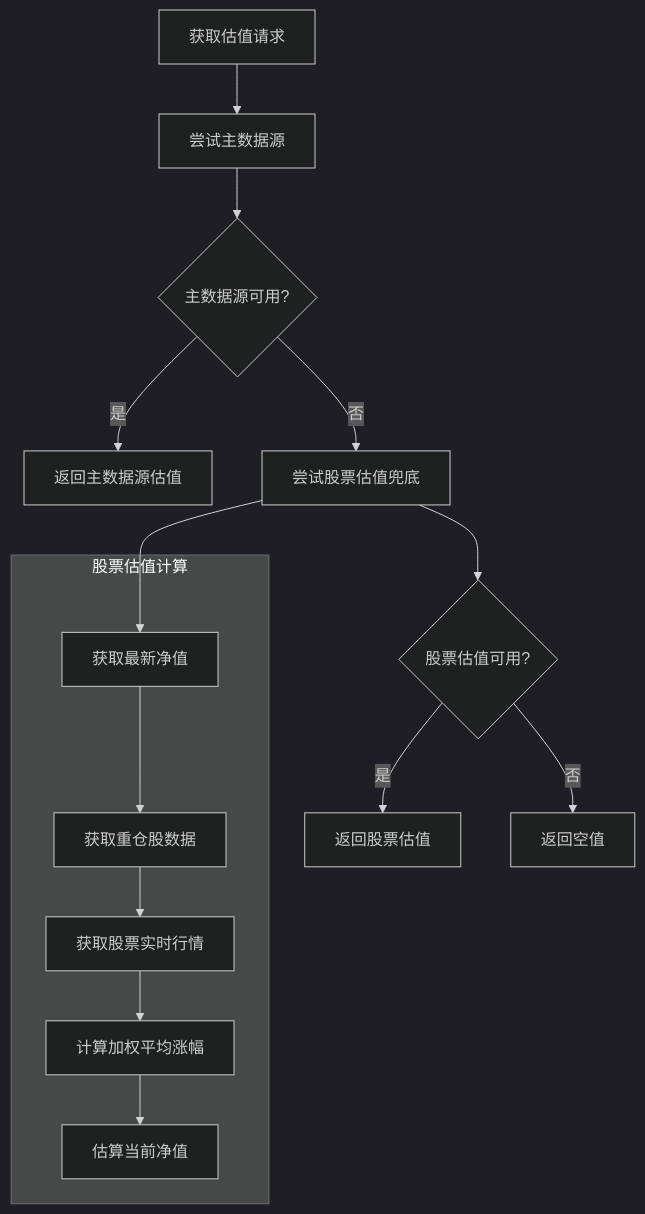
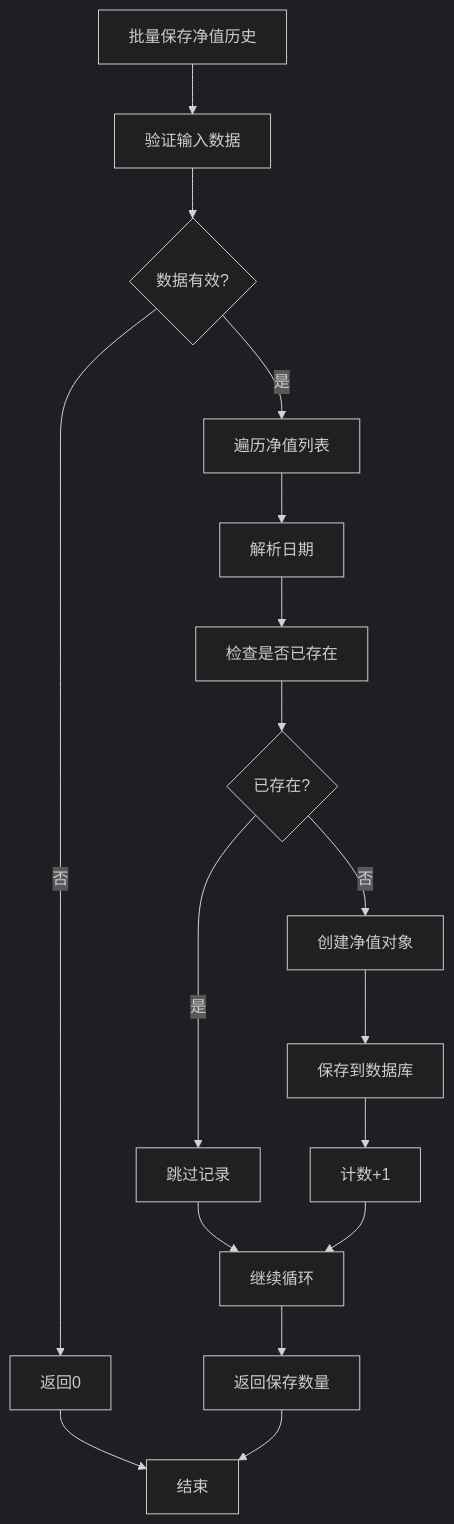
One commit to gree-coder/fund-butler changed diagram 18 of 28 in .qoder/repowiki/zh/content/核心功能开发/FundController增强.md. Above: the diagram before and after it, drawn with Mermaid (dark theme). The commit also changed other lines of this file and 7 other files, not shown here.

````diff
--- a/.qoder/repowiki/zh/content/核心功能开发/FundController增强.md
+++ b/.qoder/repowiki/zh/content/核心功能开发/FundController增强.md
@@ -711,22 +809,19 @@
 ```mermaid
 flowchart TD
-A[获取估值请求] --> B[尝试主数据源]
-B --> C{主数据源可用?}
-C --> |是| D[返回主数据源估值]
-C --> |否| E[尝试股票估值兜底]
-E --> F{股票估值可用?}
-F --> |是| G[返回股票估值]
-F --> |否| H[返回空值]
-subgraph "股票估值计算"
-I[获取最新净值]
-J[获取重仓股数据]
-K[获取股票实时行情]
-L[计算加权平均涨幅]
-M[估算当前净值]
-end
-E --> I
-I --> J
-J --> K
-K --> L
+A[批量保存净值历史] --> B[验证输入数据]
+B --> C{数据有效?}
+C --> |否| D[返回0]
+C --> |是| E[遍历净值列表]
+E --> F[解析日期]
+F --> G[检查是否已存在]
+G --> H{已存在?}
+H --> |是| I[跳过记录]
+H --> |否| J[创建净值对象]
+J --> K[保存到数据库]
+K --> L[计数+1]
+I --> M[继续循环]
 L --> M
+M --> N[返回保存数量]
+D --> O[结束]
+N --> O
 ```
````
